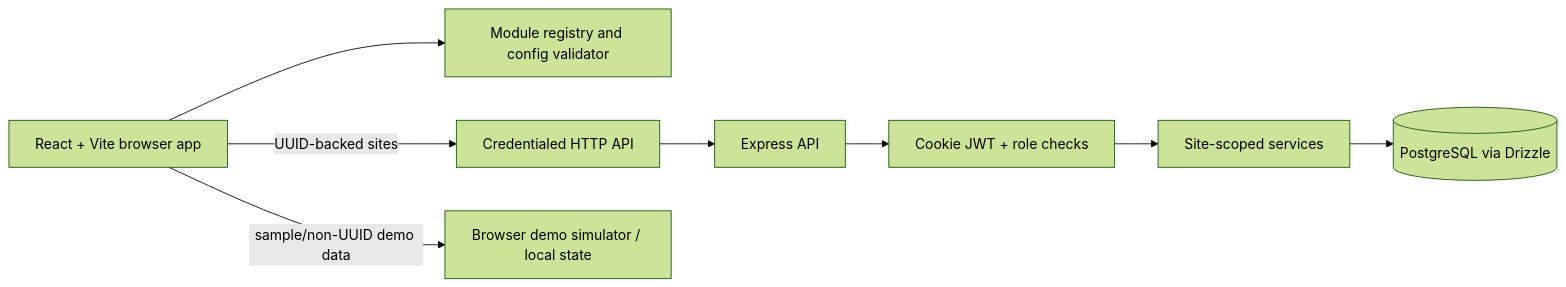
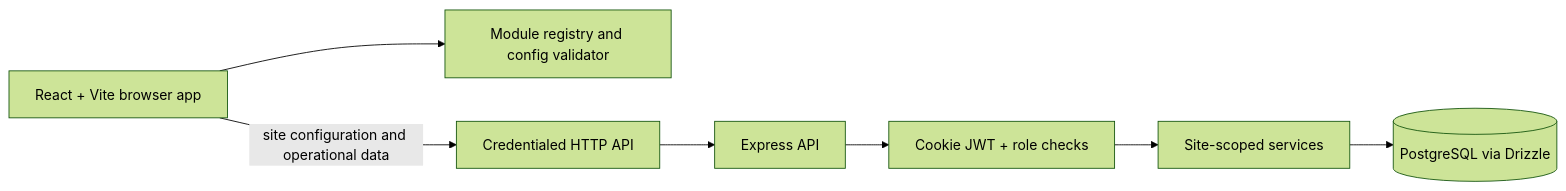
The diagram in docs/architecture.md (adil162006/opshub-ps3-3), drawn with Mermaid (forest theme) before and after one commit. The commit also changed other lines of this file and 29 other files, not shown here.

````diff
--- a/docs/architecture.md
+++ b/docs/architecture.md
@@ -5,15 +5,13 @@
 ```mermaid
 flowchart LR
   Browser[React + Vite browser app]
   Registry[Module registry and config validator]
   Http[Credentialed HTTP API]
-  Local[Browser demo simulator / local state]
   Api[Express API]
   Auth[Cookie JWT + role checks]
   Services[Site-scoped services]
   DB[(PostgreSQL via Drizzle)]
   Browser --> Registry
-  Browser -->|UUID-backed sites| Http --> Api
-  Browser -->|sample/non-UUID demo data| Local
+  Browser -->|site configuration and operational data| Http --> Api
   Api --> Auth --> Services --> DB
 ```
````
